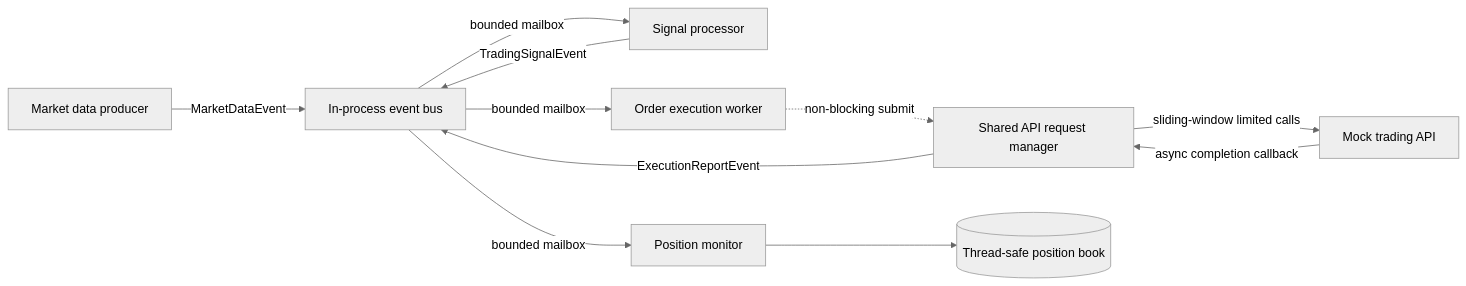
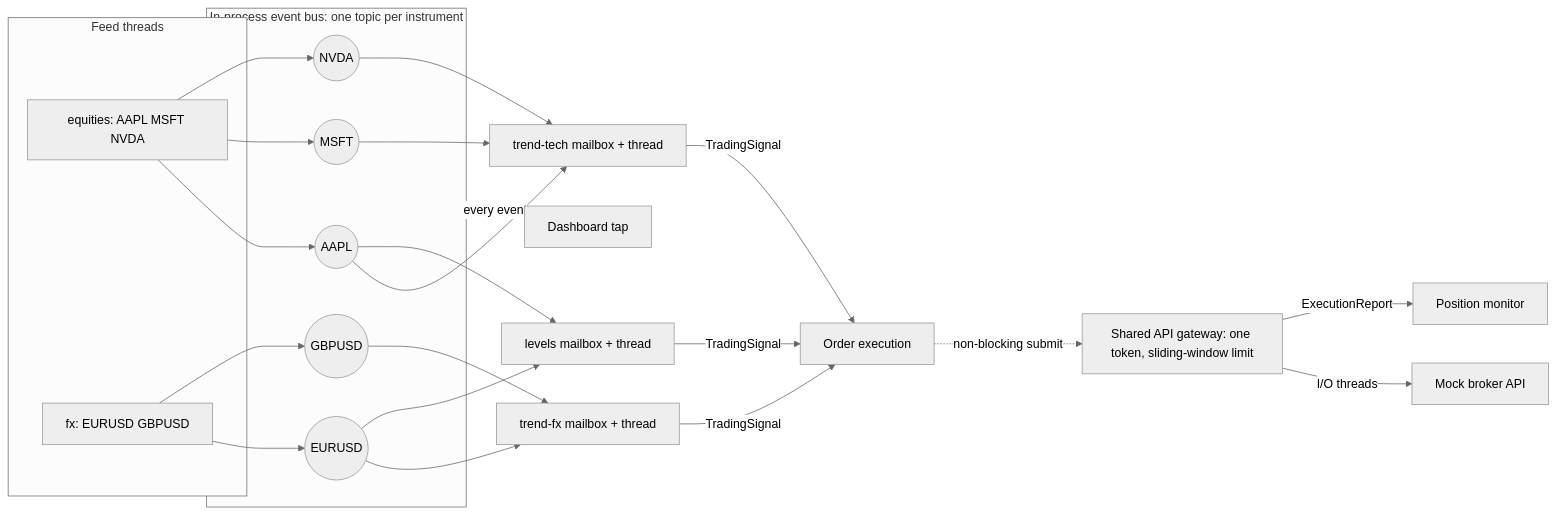
The diagram in README.md (AldairPetronilia/cpp-multithreaded), drawn with Mermaid (neutral theme) before and after one commit. The commit also changed other lines of this file and 27 other files, not shown here.

````diff
--- a/README.md
+++ b/README.md
@@ -72,13 +16,20 @@
 ```mermaid
 flowchart LR
-    M[Market data producer] -->|MarketDataEvent| B[In-process event bus]
-    B -->|bounded mailbox| S[Signal processor]
-    S -->|TradingSignalEvent| B
-    B -->|bounded mailbox| E[Order execution worker]
-    E -. non-blocking submit .-> R[Shared API request manager]
-    R -->|sliding-window limited calls| A[Mock trading API]
-    A -->|async completion callback| R
-    R -->|ExecutionReportEvent| B
-    B -->|bounded mailbox| P[Position monitor]
-    P --> Q[(Thread-safe position book)]
+    subgraph feeds [Feed threads]
+        EQ[equities: AAPL MSFT NVDA]
+        FX[fx: EURUSD GBPUSD]
+    end
+    subgraph bus [In-process event bus: one topic per instrument]
+        T1((AAPL)) & T2((MSFT)) & T3((NVDA)) & T4((EURUSD)) & T5((GBPUSD))
+    end
+    EQ --> T1 & T2 & T3
+    FX --> T4 & T5
+    T1 & T2 & T3 --> S1[trend-tech mailbox + thread]
+    T4 & T5 --> S2[trend-fx mailbox + thread]
+    T1 & T4 --> S3[levels mailbox + thread]
+    S1 & S2 & S3 -->|TradingSignal| E[Order execution]
+    E -. non-blocking submit .-> G[Shared API gateway: one token, sliding-window limit]
+    G -->|I/O threads| B[Mock broker API]
+    G -->|ExecutionReport| P[Position monitor]
+    bus -. every event .-> R[Dashboard tap]
 ```
````
